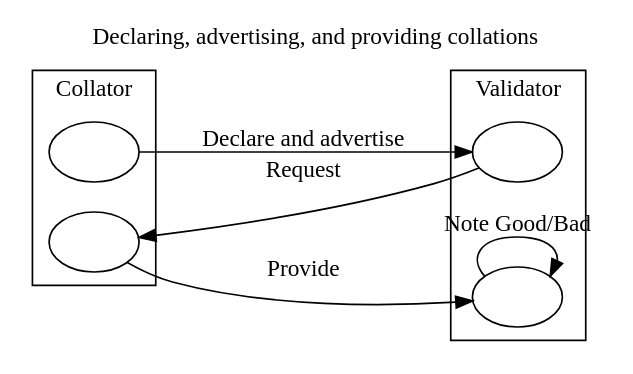
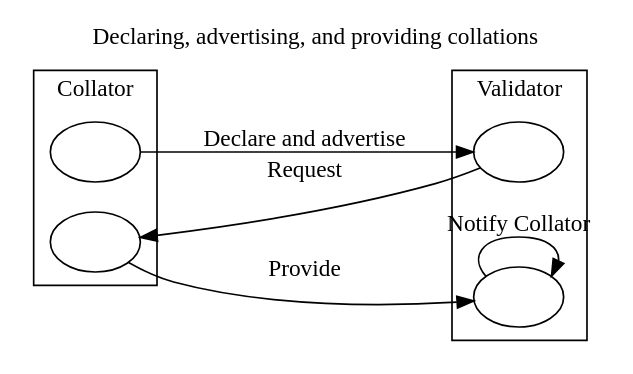
One commit to paritytech/polkadot changed the second of 2 diagrams in roadmap/implementers-guide/src/node/collators/collator-protocol.md. Above: the diagram before and after it, drawn with Graphviz. The commit also changed other lines of this file, not shown here.

````diff
--- a/roadmap/implementers-guide/src/node/collators/collator-protocol.md
+++ b/roadmap/implementers-guide/src/node/collators/collator-protocol.md
@@ -69,31 +73,31 @@
 ```dot process
 digraph G {
   label = "Declaring, advertising, and providing collations";
   labelloc = "t";
   rankdir = LR;
 
   subgraph cluster_collator {
       rank = min;
       label = "Collator";
       graph[style = border, rank = min];
 
       c1, c2 [label = ""];
   }
 
   subgraph cluster_validator {
       rank = same;
       label = "Validator";
       graph[style = border];
 
       v1, v2 [label = ""];
   }
 
   c1 -> v1 [label = "Declare and advertise"];
 
   v1 -> c2 [label = "Request"];
 
   c2 -> v2 [label = "Provide"];
 
-  v2 -> v2 [label = "Note Good/Bad"];
+  v2 -> v2 [label = "Notify Collator"];
 }
 ```
````
